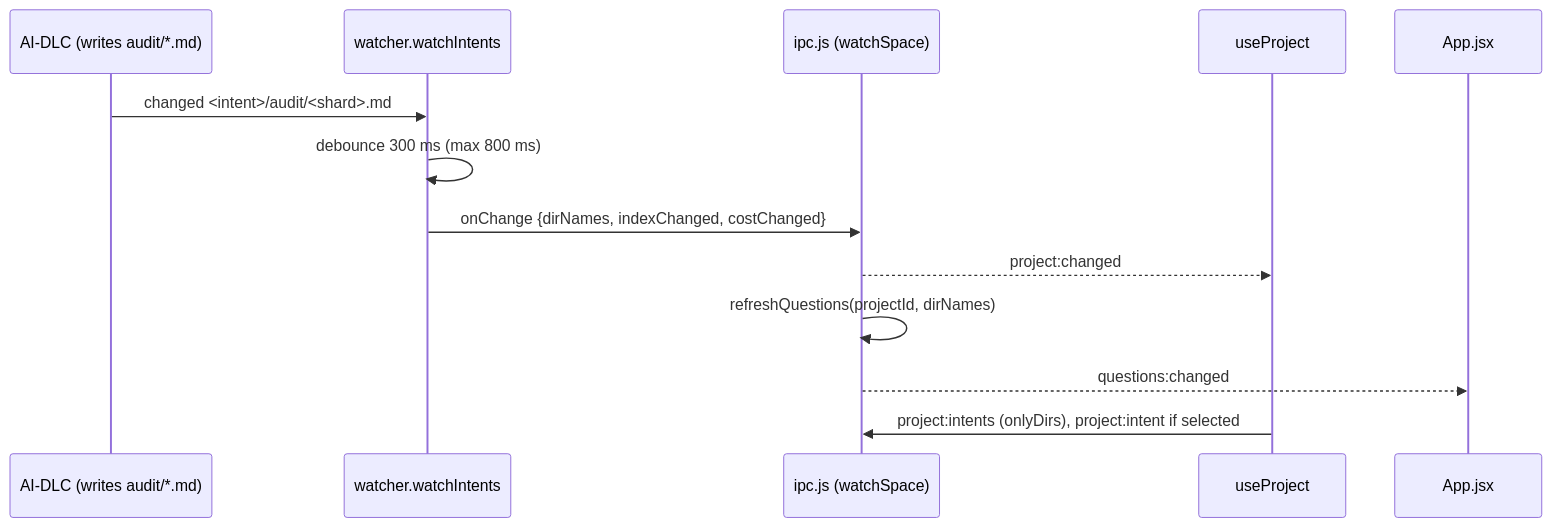
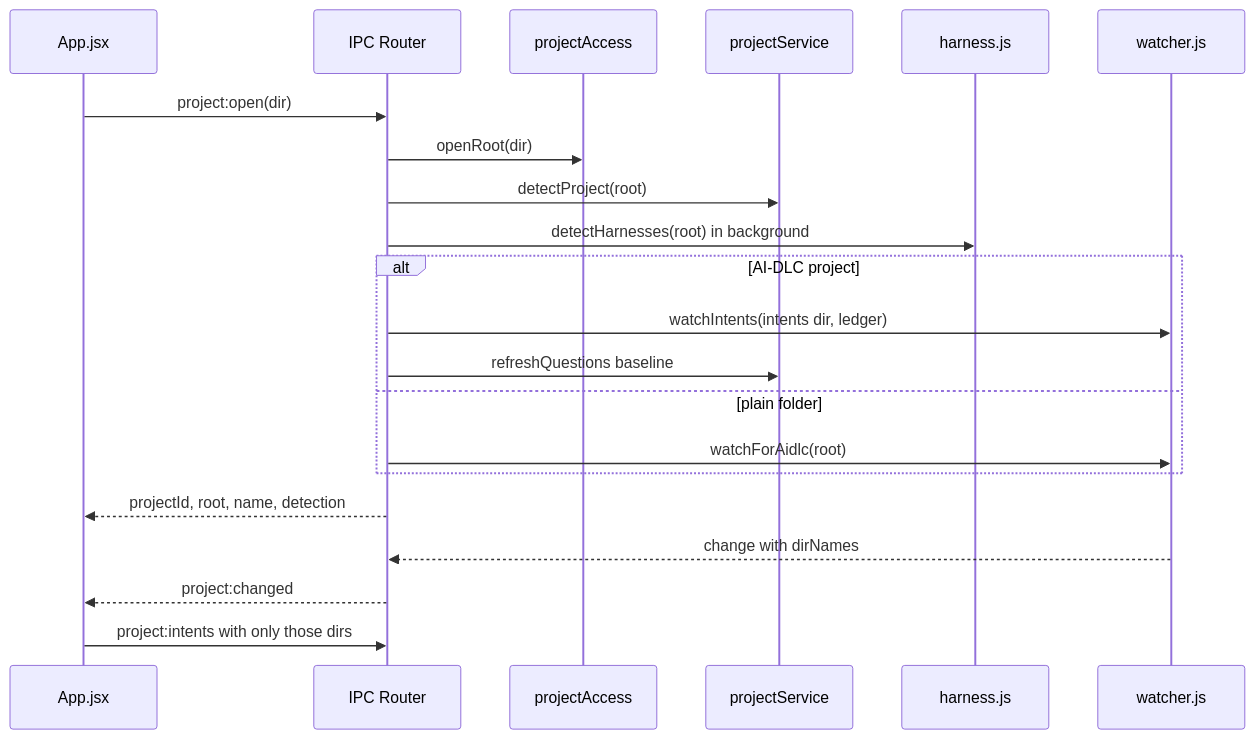
The fourth of 4 diagrams in aidlc/spaces/default/codekb/aidlc-dash/architecture.md (tochman/ai-dlc-thadeus), drawn with Mermaid before and after one commit. The commit also changed other lines of this file and 495 other files, not shown here.

````diff
--- a/aidlc/spaces/default/codekb/aidlc-dash/architecture.md
+++ b/aidlc/spaces/default/codekb/aidlc-dash/architecture.md
@@ -254,15 +188,23 @@
 ```mermaid
 sequenceDiagram
-  participant AIDLC as AI-DLC (writes audit/*.md)
-  participant Watch as watcher.watchIntents
-  participant IPC as ipc.js (watchSpace)
-  participant Hook as useProject
-  participant App as App.jsx
-  AIDLC->>Watch: changed <intent>/audit/<shard>.md
-  Watch->>Watch: debounce 300 ms (max 800 ms)
-  Watch->>IPC: onChange {dirNames, indexChanged, costChanged}
-  IPC-->>Hook: project:changed
-  IPC->>IPC: refreshQuestions(projectId, dirNames)
-  IPC-->>App: questions:changed
-  Hook->>IPC: project:intents (onlyDirs), project:intent if selected
+  participant APP as App.jsx
+  participant IPC as IPC Router
+  participant PA as projectAccess
+  participant PS as projectService
+  participant HD as harness.js
+  participant WA as watcher.js
+  APP->>IPC: project:open(dir)
+  IPC->>PA: openRoot(dir)
+  IPC->>PS: detectProject(root)
+  IPC->>HD: detectHarnesses(root) in background
+  alt AI-DLC project
+    IPC->>WA: watchIntents(intents dir, ledger)
+    IPC->>PS: refreshQuestions baseline
+  else plain folder
+    IPC->>WA: watchForAidlc(root)
+  end
+  IPC-->>APP: projectId, root, name, detection
+  WA-->>IPC: change with dirNames
+  IPC-->>APP: project:changed
+  APP->>IPC: project:intents with only those dirs
 ```
````
